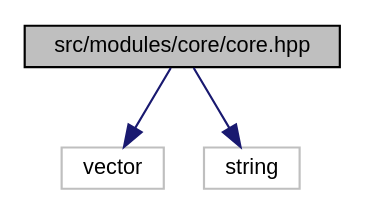
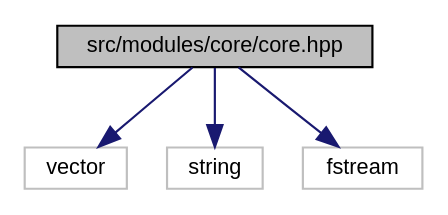
The diagram in docs/core_8hpp__incl.dot (redhecker/easyVim), drawn with Graphviz before and after one commit. The commit also changed 84 other files, not shown here.

```diff
--- a/docs/core_8hpp__incl.dot
+++ b/docs/core_8hpp__incl.dot
@@ -1,11 +1,13 @@
 digraph "src/modules/core/core.hpp"
 {
  // LATEX_PDF_SIZE
   edge [fontname="Helvetica",fontsize="10",labelfontname="Helvetica",labelfontsize="10"];
   node [fontname="Helvetica",fontsize="10",shape=record];
-  Node1 [label="src/modules/core/core.hpp",height=0.2,width=0.4,color="black", fillcolor="grey75", style="filled", fontcolor="black",tooltip="easyVim核心模块头文件"];
+  Node1 [label="src/modules/core/core.hpp",height=0.2,width=0.4,color="black", fillcolor="grey75", style="filled", fontcolor="black",tooltip="easyVim核心模块"];
   Node1 -> Node2 [color="midnightblue",fontsize="10",style="solid",fontname="Helvetica"];
   Node2 [label="vector",height=0.2,width=0.4,color="grey75", fillcolor="white", style="filled",tooltip=" "];
   Node1 -> Node3 [color="midnightblue",fontsize="10",style="solid",fontname="Helvetica"];
   Node3 [label="string",height=0.2,width=0.4,color="grey75", fillcolor="white", style="filled",tooltip=" "];
+  Node1 -> Node4 [color="midnightblue",fontsize="10",style="solid",fontname="Helvetica"];
+  Node4 [label="fstream",height=0.2,width=0.4,color="grey75", fillcolor="white", style="filled",tooltip=" "];
 }
```
